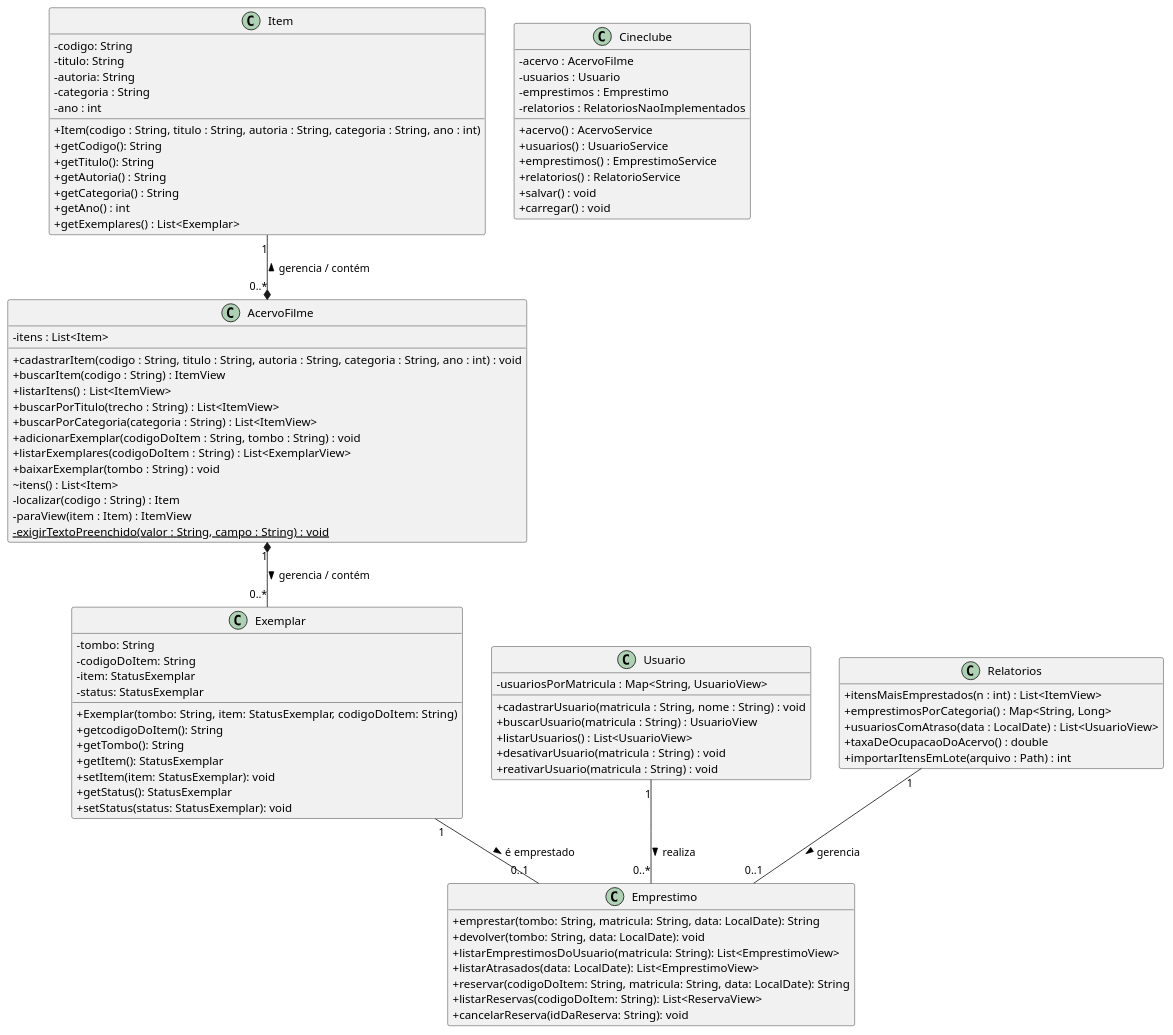
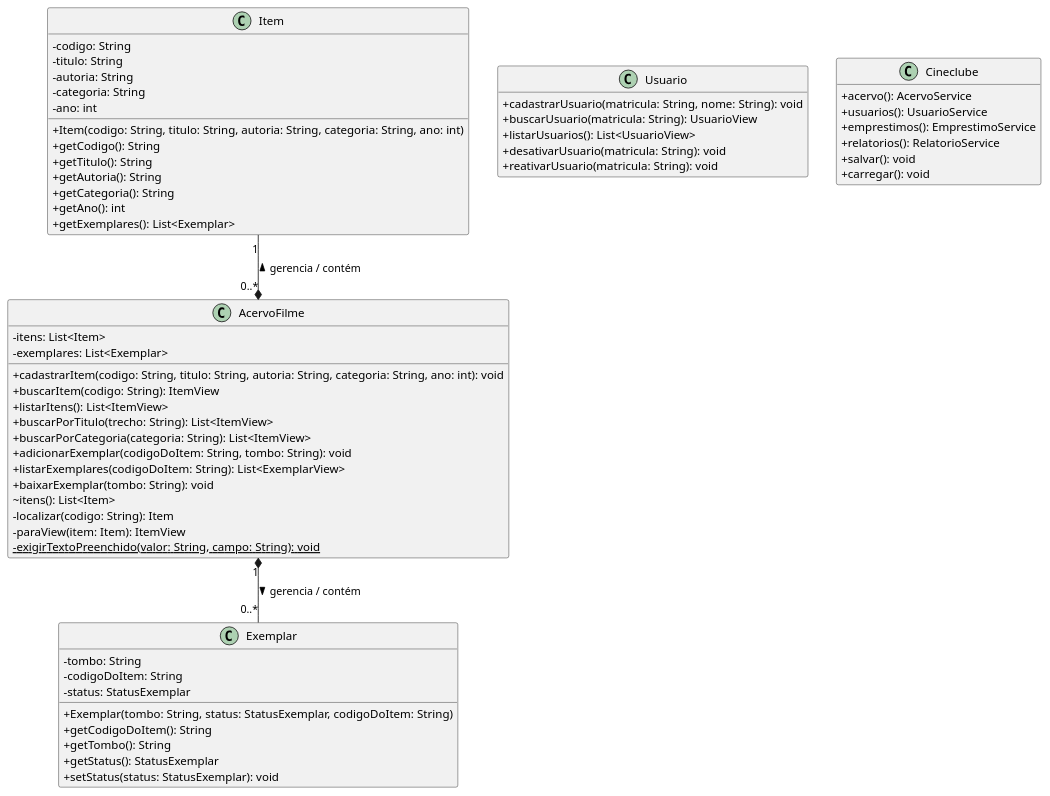
The diagram in docs/modelo.puml (poo-dcx-2026-2/Alta-Cupula), drawn with PlantUML before and after one commit.

Commit message:
fix: atualizacao modelo puml e imagem correspondente

```diff
--- a/docs/modelo.puml
+++ b/docs/modelo.puml
@@ -1,108 +1,79 @@
 @startuml
 ' Modelo de domínio do sistema: Entrega 1.
 '
 ' Este arquivo é o ponto de partida. Substitua pelo modelo da sua equipe.
 ' O diagrama precisa corresponder ao código entregue.
 '
 ' Para gerar a imagem: instale o plugin PlantUML no IntelliJ, ou use
 '   plantuml docs/modelo.puml
 ' e versione a imagem gerada ao lado deste arquivo.
 
 skinparam classAttributeIconSize 0
 hide empty members
 
 class Item {
- - codigo: String
- - titulo: String
- - autoria: String
- - categoria : String
- - ano : int
-
- + Item(codigo : String, titulo : String, autoria : String, categoria : String, ano : int)
- + getCodigo(): String
- + getTitulo(): String
- + getAutoria() : String
- + getCategoria() : String
- + getAno() : int
- + getExemplares() : List<Exemplar>
+    - codigo: String
+    - titulo: String
+    - autoria: String
+    - categoria: String
+    - ano: int
+    + Item(codigo: String, titulo: String, autoria: String, categoria: String, ano: int)
+    + getCodigo(): String
+    + getTitulo(): String
+    + getAutoria(): String
+    + getCategoria(): String
+    + getAno(): int
+    + getExemplares(): List<Exemplar>
 }
 
 class Exemplar {
     - tombo: String
     - codigoDoItem: String
-    - item: StatusExemplar
     - status: StatusExemplar
-
-    + Exemplar(tombo: String, item: StatusExemplar, codigoDoItem: String)
-    + getcodigoDoItem(): String
+    + Exemplar(tombo: String, status: StatusExemplar, codigoDoItem: String)
+    + getCodigoDoItem(): String
     + getTombo(): String
-    + getItem(): StatusExemplar
-    + setItem(item: StatusExemplar): void
     + getStatus(): StatusExemplar
     + setStatus(status: StatusExemplar): void
 }
 
 class Usuario {
- - usuariosPorMatricula : Map<String, UsuarioView>
-
- + cadastrarUsuario(matricula : String, nome : String) : void
- + buscarUsuario(matricula : String) : UsuarioView
- + listarUsuarios() : List<UsuarioView>
- + desativarUsuario(matricula : String) : void
- + reativarUsuario(matricula : String) : void
-}
-class Cineclube {
-        - acervo : AcervoFilme
-        - usuarios : Usuario
-        - emprestimos : Emprestimo
-        - relatorios : RelatoriosNaoImplementados
-        + acervo() : AcervoService
-        + usuarios() : UsuarioService
-        + emprestimos() : EmprestimoService
-        + relatorios() : RelatorioService
-        + salvar() : void
-        + carregar() : void
-}
-class Relatorios {
-        + itensMaisEmprestados(n : int) : List<ItemView>
-        + emprestimosPorCategoria() : Map<String, Long>
-        + usuariosComAtraso(data : LocalDate) : List<UsuarioView>
-        + taxaDeOcupacaoDoAcervo() : double
-        + importarItensEmLote(arquivo : Path) : int
-}
-class AcervoFilme {
-        - itens : List<Item>
-        + cadastrarItem(codigo : String, titulo : String, autoria : String, categoria : String, ano : int) : void
-        + buscarItem(codigo : String) : ItemView
-        + listarItens() : List<ItemView>
-        + buscarPorTitulo(trecho : String) : List<ItemView>
-        + buscarPorCategoria(categoria : String) : List<ItemView>
-        + adicionarExemplar(codigoDoItem : String, tombo : String) : void
-        + listarExemplares(codigoDoItem : String) : List<ExemplarView>
-        + baixarExemplar(tombo : String) : void
-        ~ itens() : List<Item>
-        - localizar(codigo : String) : Item
-        - paraView(item : Item) : ItemView
-        {static} - exigirTextoPreenchido(valor : String, campo : String) : void
-
+    + cadastrarUsuario(matricula: String, nome: String): void
+    + buscarUsuario(matricula: String): UsuarioView
+    + listarUsuarios(): List<UsuarioView>
+    + desativarUsuario(matricula: String): void
+    + reativarUsuario(matricula: String): void
 }
 
-class Emprestimo {
-    + emprestar(tombo: String, matricula: String, data: LocalDate): String
-    + devolver(tombo: String, data: LocalDate): void
-    + listarEmprestimosDoUsuario(matricula: String): List<EmprestimoView>
-    + listarAtrasados(data: LocalDate): List<EmprestimoView>
-    + reservar(codigoDoItem: String, matricula: String, data: LocalDate): String
-    + listarReservas(codigoDoItem: String): List<ReservaView>
-    + cancelarReserva(idDaReserva: String): void
+class Cineclube {
+    + acervo(): AcervoService
+    + usuarios(): UsuarioService
+    + emprestimos(): EmprestimoService
+    + relatorios(): RelatorioService
+    + salvar(): void
+    + carregar(): void
+}
+
+class AcervoFilme {
+    - itens: List<Item>
+    - exemplares: List<Exemplar>
+    + cadastrarItem(codigo: String, titulo: String, autoria: String, categoria: String, ano: int): void
+    + buscarItem(codigo: String): ItemView
+    + listarItens(): List<ItemView>
+    + buscarPorTitulo(trecho: String): List<ItemView>
+    + buscarPorCategoria(categoria: String): List<ItemView>
+    + adicionarExemplar(codigoDoItem: String, tombo: String): void
+    + listarExemplares(codigoDoItem: String): List<ExemplarView>
+    + baixarExemplar(tombo: String): void
+    ~ itens(): List<Item>
+    - localizar(codigo: String): Item
+    - paraView(item: Item): ItemView
+    {static} - exigirTextoPreenchido(valor: String, campo: String): void
 }
 
 AcervoFilme "1" *-- "0..*" Exemplar : gerencia / contém >
-Usuario "1" -- "0..*" Emprestimo : realiza >
-Exemplar "1" -- "0..1" Emprestimo : é emprestado >
-Relatorios "1" -- "0..1" Emprestimo : gerencia >
 Item "1" --* "0..*" AcervoFilme : gerencia / contém <
 
 
 
 @enduml
```
